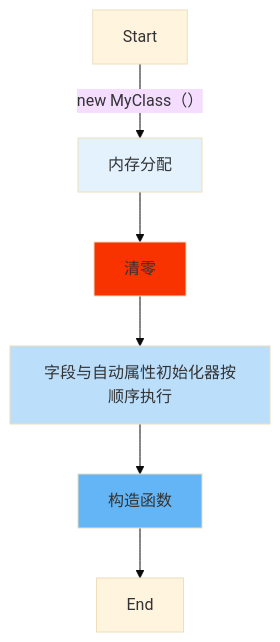
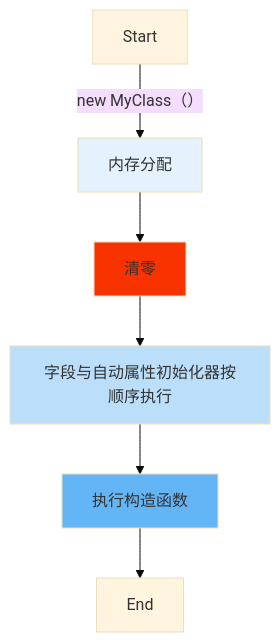
Before and after one commit to xiaoYoc/CSharp-Learning-Notes-In-a-Nutshell: the sixth of 15 diagrams in 面向对象.md, drawn with Mermaid (base theme). The commit also changed other lines of this file and 12 other files, not shown here.

````diff
--- a/面向对象.md
+++ b/面向对象.md
@@ -666,13 +668,13 @@
 ```mermaid
 flowchart TB
     S[Start] --> |new MyClass（）| A
     A[内存分配] --> A1[清零]
     A1 -->B[字段与自动属性初始化器按顺序执行]
-    B --> D[构造函数]
+    B --> D[执行构造函数]
     D --> E[End]
     
     style A fill:#e3f2fd
     style B fill:#bbdefb
     style D fill:#64b5f6
     style A1 fill:#f93300
 ```
````
